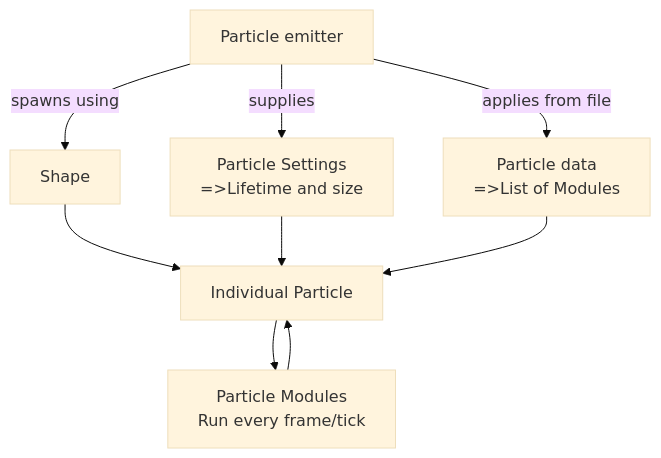
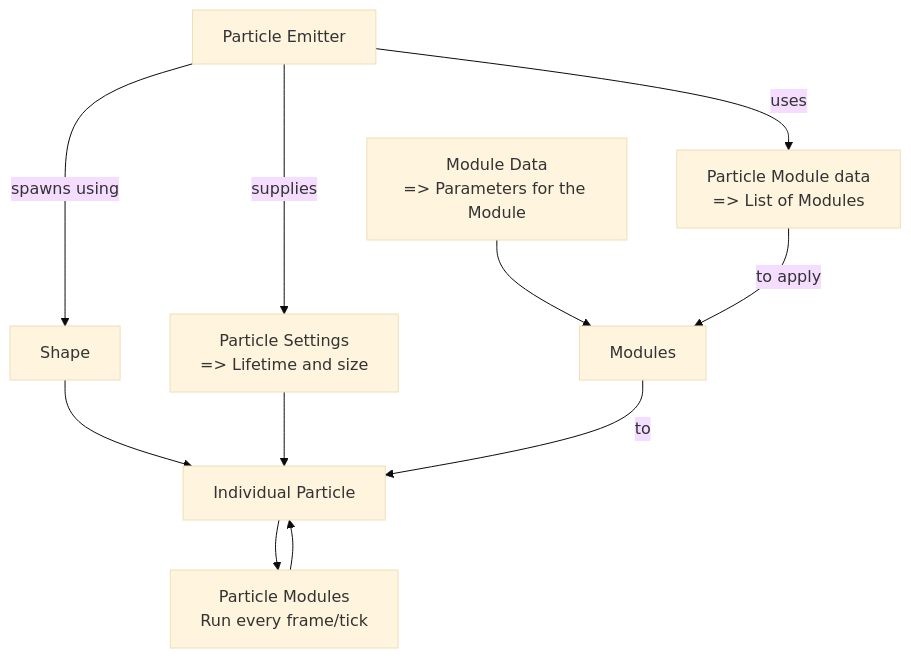
The diagram in quasar.md (Redfan2/docs), drawn with Mermaid (base theme) before and after one commit. The commit also changed other lines of this file, not shown here.

Commit message:
Update quasar.md
Fix Links, Expand Diagram

````diff
--- a/quasar.md
+++ b/quasar.md
@@ -38,16 +38,21 @@
 ```mermaid
 flowchart
-emitter[Particle emitter]
-data[Particle data
-=>List of Modules]
-modules[Particle Modules
+emitter[Particle Emitter]
+data[Particle Module data
+=> List of Modules]
+pmodules[Particle Modules
 Run every frame/tick]
 particle[Individual Particle]
 shape[Shape]
+modules[Modules]
+moduledata[Module Data
+=> Parameters for the Module]
 settings[Particle Settings
-=>Lifetime and size]
+=> Lifetime and size]
 emitter--spawns using-->shape-->particle
 emitter--supplies-->settings-->particle
-emitter--applies from file-->data-->particle-->modules-->particle
+moduledata-->modules
+emitter--uses-->data--to apply-->modules--to -->particle
+particle-->pmodules-->particle
 
 ```
````
